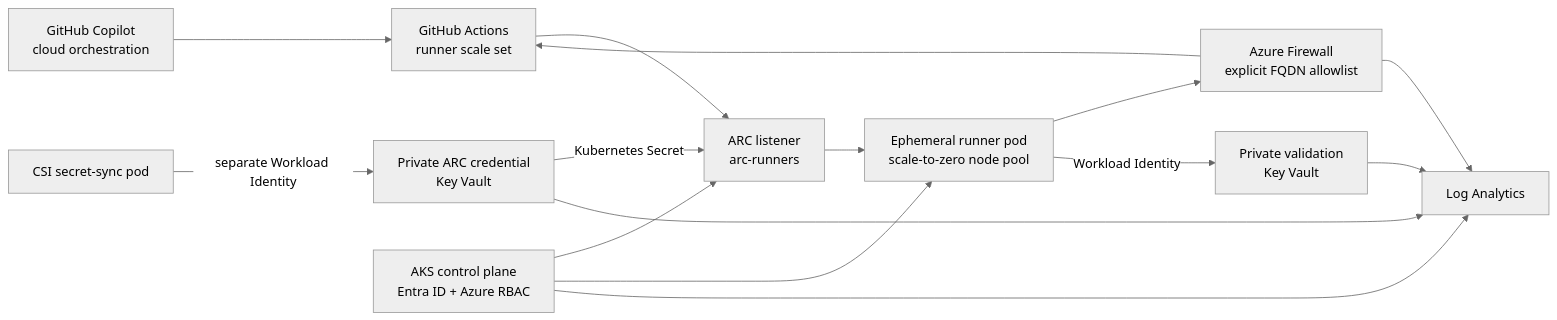
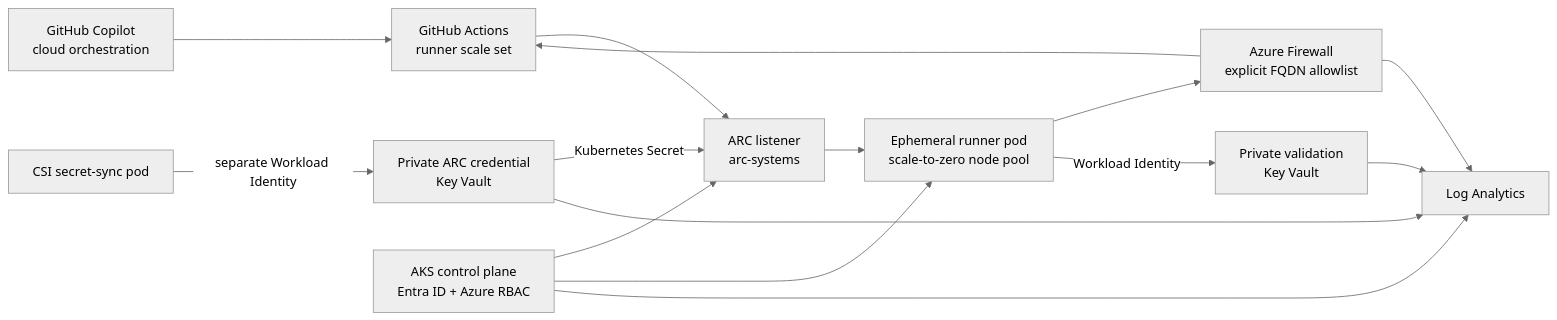
Before and after one commit to rmoreirao/SelfHostedGHCopilotAgent: the diagram in README.md, drawn with Mermaid (neutral theme). The commit also changed other lines of this file and 7 other files, not shown here.

````diff
--- a/README.md
+++ b/README.md
@@ -21,17 +21,17 @@
 ```mermaid
 flowchart LR
     Copilot[GitHub Copilot<br/>cloud orchestration] --> GitHub[GitHub Actions<br/>runner scale set]
-    GitHub --> Listener[ARC listener<br/>arc-runners]
+    GitHub --> Listener[ARC listener<br/>arc-systems]
     Listener --> Runner[Ephemeral runner pod<br/>scale-to-zero node pool]
     Runner --> Firewall[Azure Firewall<br/>explicit FQDN allowlist]
     Firewall --> GitHub
     Runner -->|Workload Identity| ValidationKV[Private validation<br/>Key Vault]
     Sync[CSI secret-sync pod] -->|separate Workload Identity| ArcKV[Private ARC credential<br/>Key Vault]
     ArcKV -->|Kubernetes Secret| Listener
     AKS[AKS control plane<br/>Entra ID + Azure RBAC] --> Listener
     AKS --> Runner
     AKS --> Logs[Log Analytics]
     Firewall --> Logs
     ArcKV --> Logs
     ValidationKV --> Logs
 ```
````
